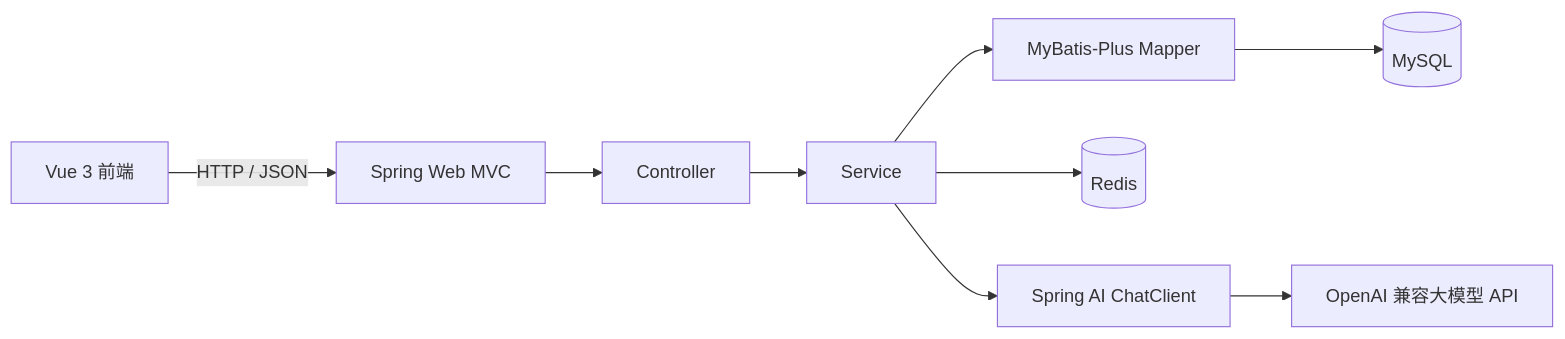
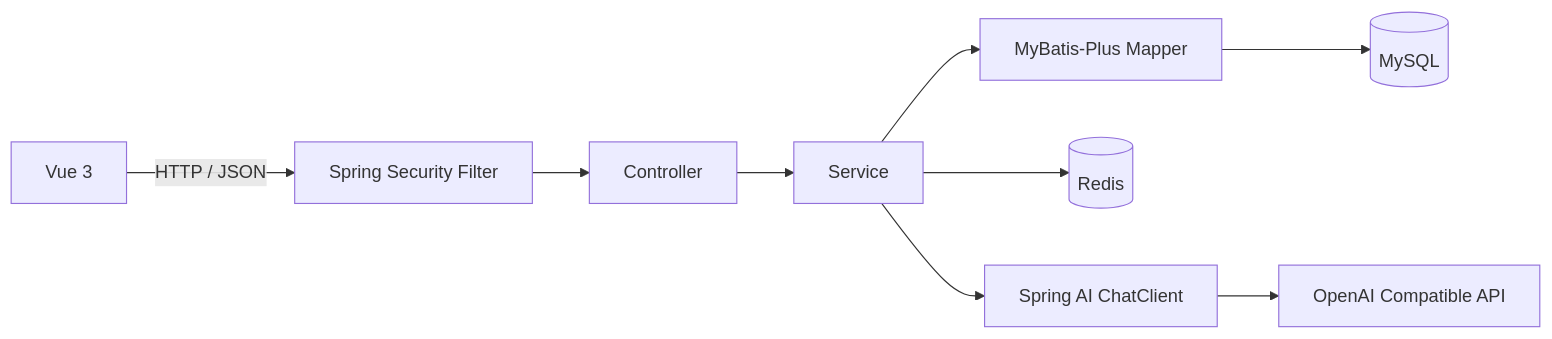
One commit to jingxiangqi18/ai-todo changed the diagram in README.md. Above: the diagram before and after it, drawn with Mermaid. The commit also changed other lines of this file and 19 other files, not shown here.

````diff
--- a/README.md
+++ b/README.md
@@ -139,12 +110,11 @@
 ```mermaid
 flowchart LR
-    A[Vue 3 前端] -->|HTTP / JSON| B[Spring Web MVC]
+    A[Vue 3] -->|HTTP / JSON| B[Spring Security Filter]
     B --> C[Controller]
     C --> D[Service]
     D --> E[MyBatis-Plus Mapper]
     E --> F[(MySQL)]
-
     D --> G[(Redis)]
     D --> H[Spring AI ChatClient]
-    H --> I[OpenAI 兼容大模型 API]
+    H --> I[OpenAI Compatible API]
 ```
````
